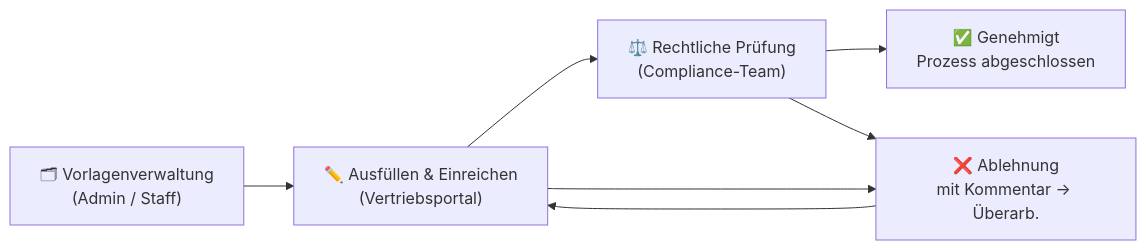
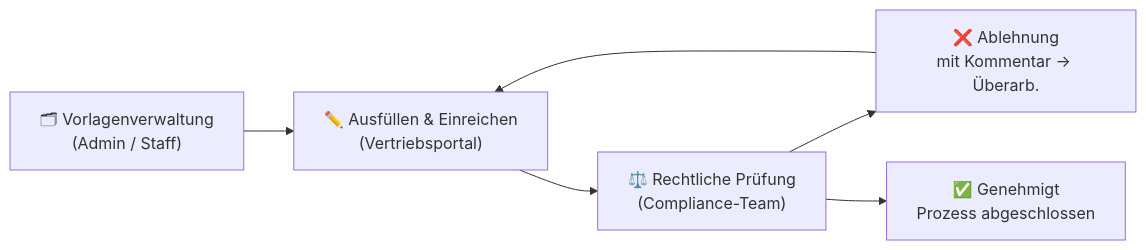
One commit to malala2409/contract-system-Vertragsmanagementsystem changed the diagram in README.md. Above: the diagram before and after it, drawn with Mermaid.

````diff
--- a/README.md
+++ b/README.md
@@ -196,9 +196,8 @@
 ```mermaid
 flowchart LR
     A["🗂 Vorlagenverwaltung\n(Admin / Staff)"] --> B["✏️ Ausfüllen & Einreichen\n(Vertriebsportal)"]
     B --> C["⚖️ Rechtliche Prüfung\n(Compliance-Team)"]
-    B --> D["❌ Ablehnung\nmit Kommentar → Überarb."]
+    C --> D["❌ Ablehnung\nmit Kommentar → Überarb."]
     C --> E["✅ Genehmigt\nProzess abgeschlossen"]
-    C --> D
     D --> B
 ```
````
